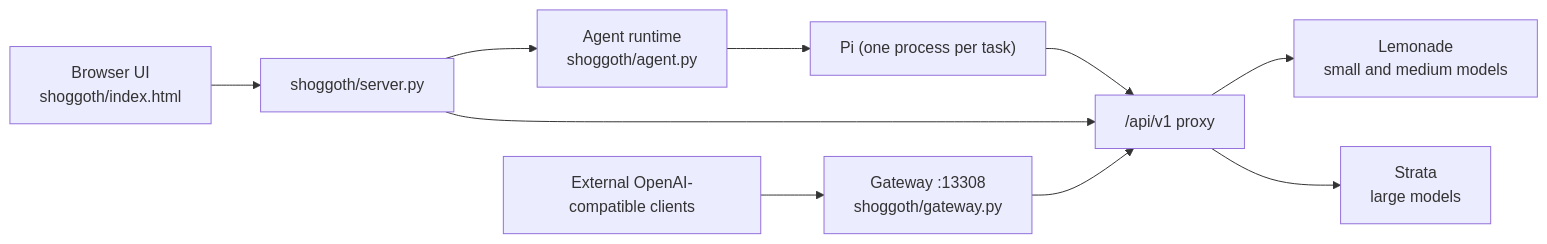
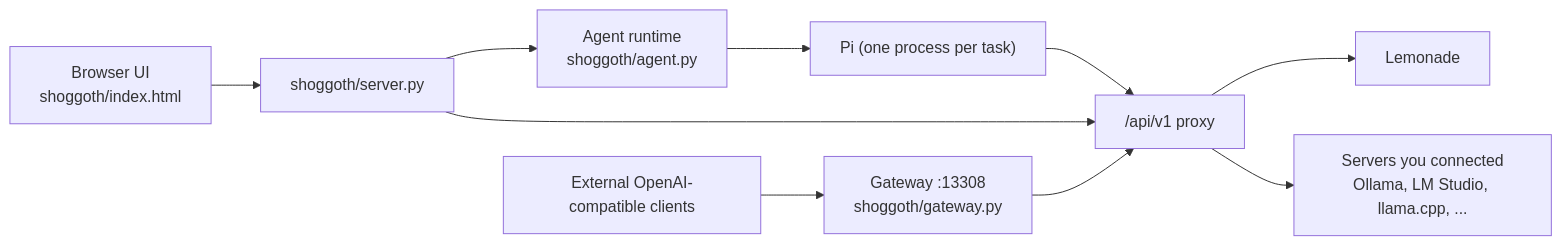
The diagram in docs/ARCHITECTURE.md (yudhanjaya/Shoggoth), drawn with Mermaid before and after one commit. The commit also changed other lines of this file and 9 other files, not shown here.

Commit message:
Docs: Lemonade is the engine; other servers are connected, not shipped

````diff
--- a/docs/ARCHITECTURE.md
+++ b/docs/ARCHITECTURE.md
@@ -7,12 +7,12 @@
 ```mermaid
 flowchart LR
     ui["Browser UI<br/>shoggoth/index.html"] --> srv["shoggoth/server.py"]
     ext["External OpenAI-compatible clients"] --> gw["Gateway :13308<br/>shoggoth/gateway.py"]
     srv --> agent["Agent runtime<br/>shoggoth/agent.py"]
     agent --> pi["Pi (one process per task)"]
     pi --> proxy["/api/v1 proxy"]
     srv --> proxy
     gw --> proxy
-    proxy --> lem["Lemonade<br/>small and medium models"]
-    proxy --> str["Strata<br/>large models"]
+    proxy --> lem["Lemonade"]
+    proxy --> srv2["Servers you connected<br/>Ollama, LM Studio, llama.cpp, ..."]
 ```
````
